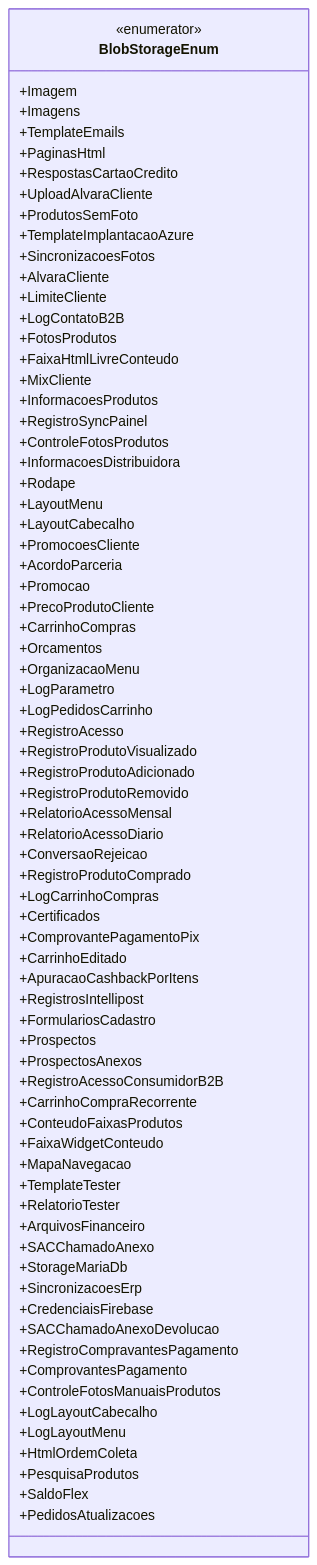
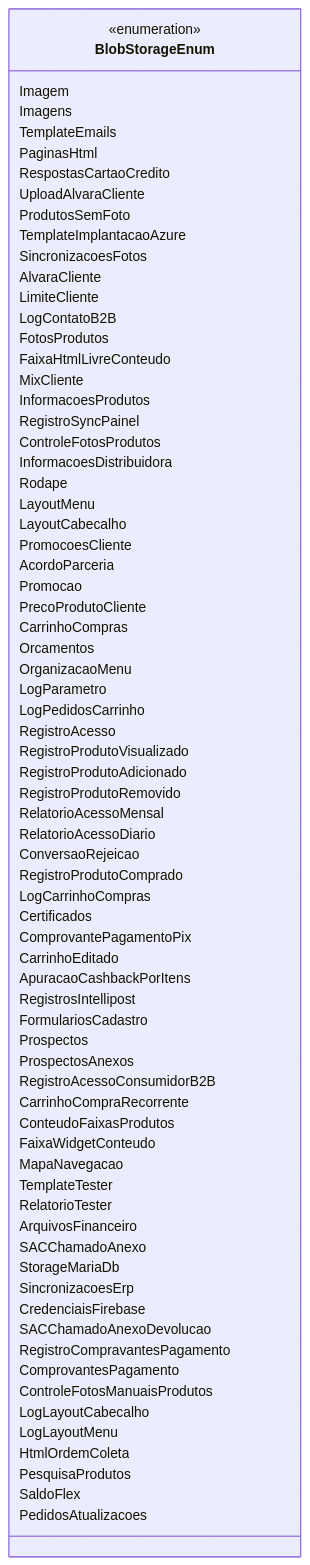
The diagram in docs/b2b-dominio/IsthmusWinthor.Nucleo/IsthmusWinthor.Dominio/Enumeradores/BlobStorageEnum.md (IsthmusSistemas/documentacao-tecnica), drawn with Mermaid before and after one commit. The commit also changed other lines of this file and 882 other files, not shown here.

````diff
--- a/docs/b2b-dominio/IsthmusWinthor.Nucleo/IsthmusWinthor.Dominio/Enumeradores/BlobStorageEnum.md
+++ b/docs/b2b-dominio/IsthmusWinthor.Nucleo/IsthmusWinthor.Dominio/Enumeradores/BlobStorageEnum.md
@@ -15,76 +12,76 @@
 ```mermaid
 classDiagram
     class BlobStorageEnum {
-        <<enumerator>>
-        +Imagem
-        +Imagens
-        +TemplateEmails
-        +PaginasHtml
-        +RespostasCartaoCredito
-        +UploadAlvaraCliente
-        +ProdutosSemFoto
-        +TemplateImplantacaoAzure
-        +SincronizacoesFotos
-        +AlvaraCliente
-        +LimiteCliente
-        +LogContatoB2B
-        +FotosProdutos
-        +FaixaHtmlLivreConteudo
-        +MixCliente
-        +InformacoesProdutos
-        +RegistroSyncPainel
-        +ControleFotosProdutos
-        +InformacoesDistribuidora
-        +Rodape
-        +LayoutMenu
-        +LayoutCabecalho
-        +PromocoesCliente
-        +AcordoParceria
-        +Promocao
-        +PrecoProdutoCliente
-        +CarrinhoCompras
-        +Orcamentos
-        +OrganizacaoMenu
-        +LogParametro
-        +LogPedidosCarrinho
-        +RegistroAcesso
-        +RegistroProdutoVisualizado
-        +RegistroProdutoAdicionado
-        +RegistroProdutoRemovido
-        +RelatorioAcessoMensal
-        +RelatorioAcessoDiario
-        +ConversaoRejeicao
-        +RegistroProdutoComprado
-        +LogCarrinhoCompras
-        +Certificados
-        +ComprovantePagamentoPix
-        +CarrinhoEditado
-        +ApuracaoCashbackPorItens
-        +RegistrosIntellipost
-        +FormulariosCadastro
-        +Prospectos
-        +ProspectosAnexos
-        +RegistroAcessoConsumidorB2B
-        +CarrinhoCompraRecorrente
-        +ConteudoFaixasProdutos
-        +FaixaWidgetConteudo
-        +MapaNavegacao
-        +TemplateTester
-        +RelatorioTester
-        +ArquivosFinanceiro
-        +SACChamadoAnexo
-        +StorageMariaDb
-        +SincronizacoesErp
-        +CredenciaisFirebase
-        +SACChamadoAnexoDevolucao
-        +RegistroCompravantesPagamento
-        +ComprovantesPagamento
-        +ControleFotosManuaisProdutos
-        +LogLayoutCabecalho
-        +LogLayoutMenu
-        +HtmlOrdemColeta
-        +PesquisaProdutos
-        +SaldoFlex
-        +PedidosAtualizacoes
+        <<enumeration>>
+        Imagem
+        Imagens
+        TemplateEmails
+        PaginasHtml
+        RespostasCartaoCredito
+        UploadAlvaraCliente
+        ProdutosSemFoto
+        TemplateImplantacaoAzure
+        SincronizacoesFotos
+        AlvaraCliente
+        LimiteCliente
+        LogContatoB2B
+        FotosProdutos
+        FaixaHtmlLivreConteudo
+        MixCliente
+        InformacoesProdutos
+        RegistroSyncPainel
+        ControleFotosProdutos
+        InformacoesDistribuidora
+        Rodape
+        LayoutMenu
+        LayoutCabecalho
+        PromocoesCliente
+        AcordoParceria
+        Promocao
+        PrecoProdutoCliente
+        CarrinhoCompras
+        Orcamentos
+        OrganizacaoMenu
+        LogParametro
+        LogPedidosCarrinho
+        RegistroAcesso
+        RegistroProdutoVisualizado
+        RegistroProdutoAdicionado
+        RegistroProdutoRemovido
+        RelatorioAcessoMensal
+        RelatorioAcessoDiario
+        ConversaoRejeicao
+        RegistroProdutoComprado
+        LogCarrinhoCompras
+        Certificados
+        ComprovantePagamentoPix
+        CarrinhoEditado
+        ApuracaoCashbackPorItens
+        RegistrosIntellipost
+        FormulariosCadastro
+        Prospectos
+        ProspectosAnexos
+        RegistroAcessoConsumidorB2B
+        CarrinhoCompraRecorrente
+        ConteudoFaixasProdutos
+        FaixaWidgetConteudo
+        MapaNavegacao
+        TemplateTester
+        RelatorioTester
+        ArquivosFinanceiro
+        SACChamadoAnexo
+        StorageMariaDb
+        SincronizacoesErp
+        CredenciaisFirebase
+        SACChamadoAnexoDevolucao
+        RegistroCompravantesPagamento
+        ComprovantesPagamento
+        ControleFotosManuaisProdutos
+        LogLayoutCabecalho
+        LogLayoutMenu
+        HtmlOrdemColeta
+        PesquisaProdutos
+        SaldoFlex
+        PedidosAtualizacoes
     }
-```
+``` 
````
